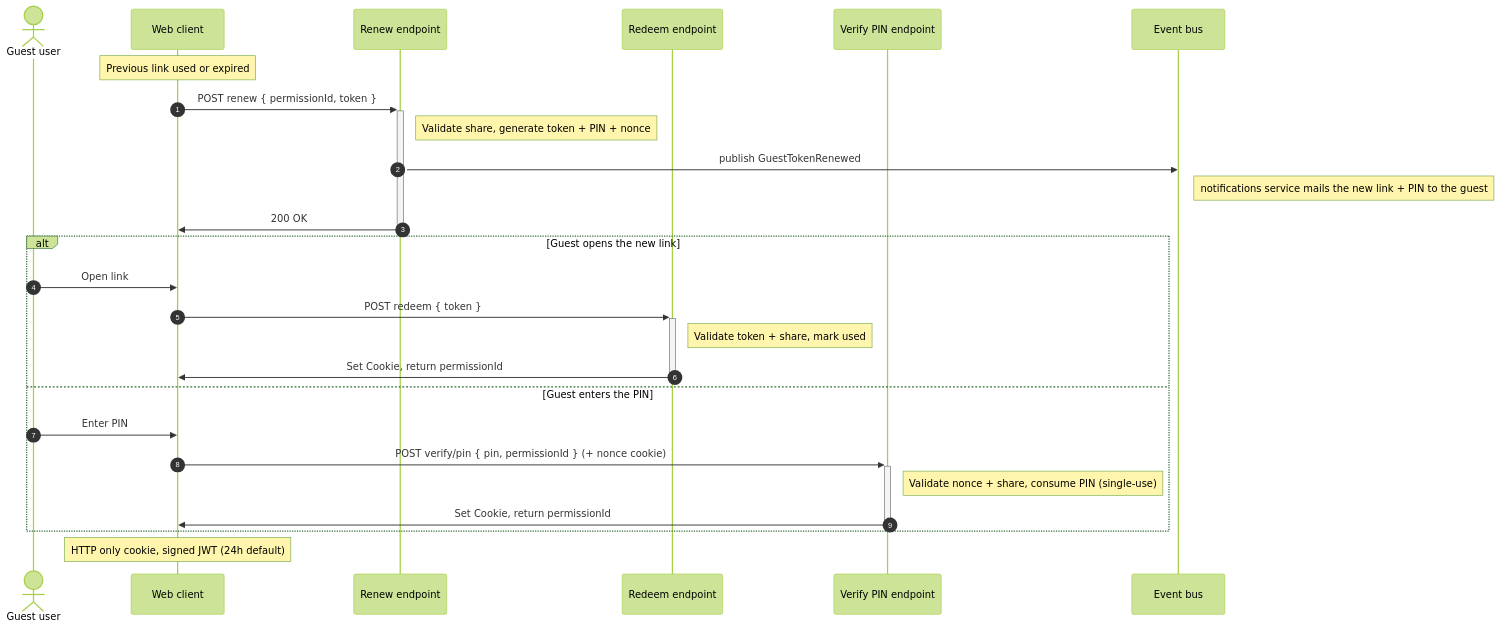
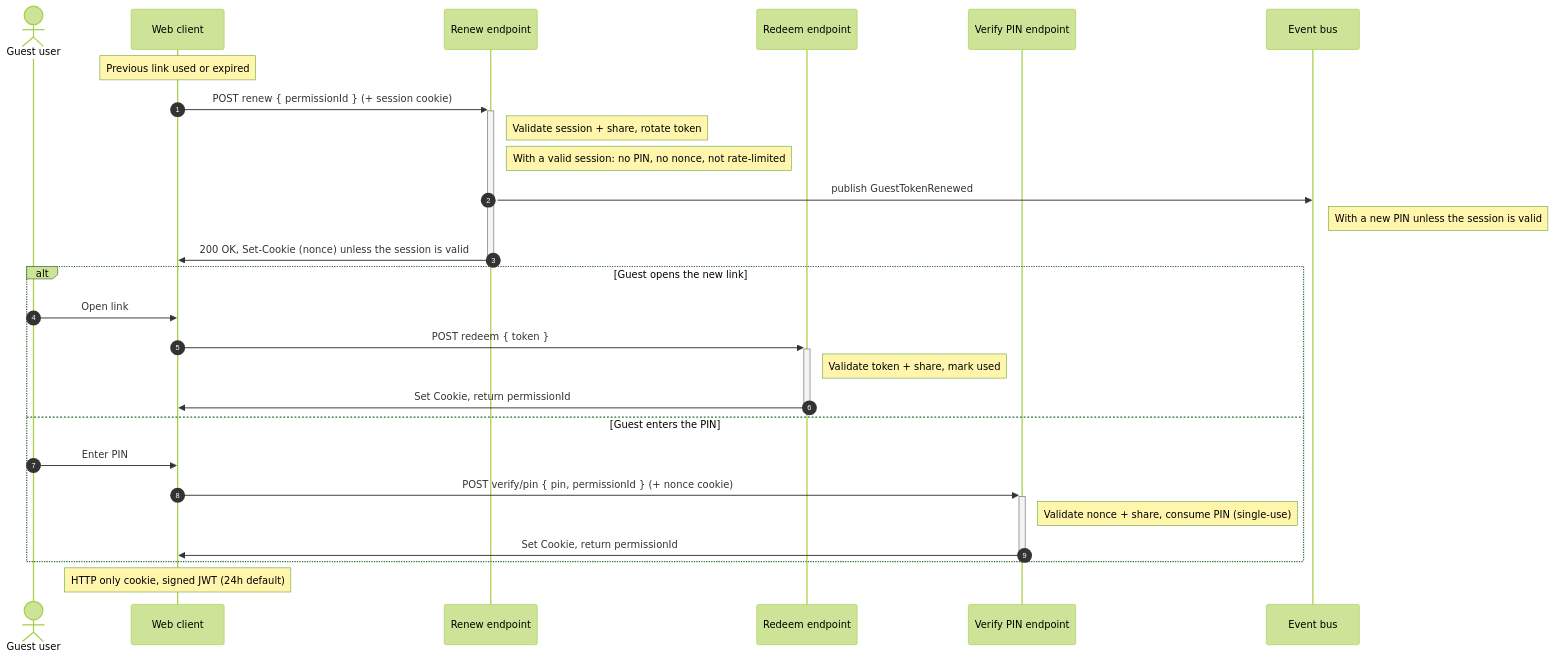
Before and after one commit to rhafer/opencloud: the second of 2 diagrams in services/auth-guest/README.md, drawn with Mermaid (forest theme). The commit also changed other lines of this file and 8 other files, not shown here.

Commit message:
feat(authguest): upd renewal flow to rely on sessionToken

````diff
--- a/services/auth-guest/README.md
+++ b/services/auth-guest/README.md
@@ -123,30 +137,31 @@
 ```mermaid
 sequenceDiagram
     autonumber
     actor User as Guest user
     participant Web as Web client
     participant Renew as Renew endpoint
     participant Redeem as Redeem endpoint
     participant Pin as Verify PIN endpoint
     participant Bus as Event bus
 
     Note over Web: Previous link used or expired
-    Web->>+Renew: POST renew { permissionId, token }
-    Note right of Renew: Validate share, generate token + PIN + nonce
+    Web->>+Renew: POST renew { permissionId } (+ session cookie)
+    Note right of Renew: Validate session + share, rotate token
+    Note right of Renew: With a valid session: no PIN, no nonce, not rate-limited
     Renew->>Bus: publish GuestTokenRenewed
-    Note right of Bus: notifications service mails the new link + PIN to the guest
-    Renew->>-Web: 200 OK
+    Note right of Bus: With a new PIN unless the session is valid
+    Renew->>-Web: 200 OK, Set-Cookie (nonce) unless the session is valid
 
     alt Guest opens the new link
         User->>Web: Open link
         Web->>+Redeem: POST redeem { token }
         Note right of Redeem: Validate token + share, mark used
         Redeem->>-Web: Set Cookie, return permissionId
     else Guest enters the PIN
         User->>Web: Enter PIN
         Web->>+Pin: POST verify/pin { pin, permissionId } (+ nonce cookie)
         Note right of Pin: Validate nonce + share, consume PIN (single-use)
         Pin->>-Web: Set Cookie, return permissionId
     end
     Note over Web: HTTP only cookie, signed JWT (24h default)
 ```
````
